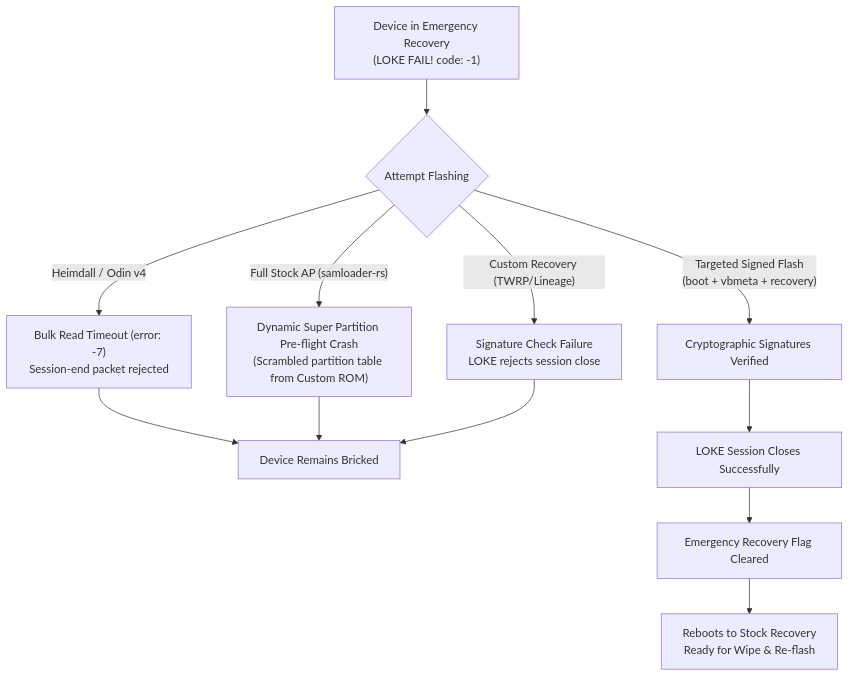
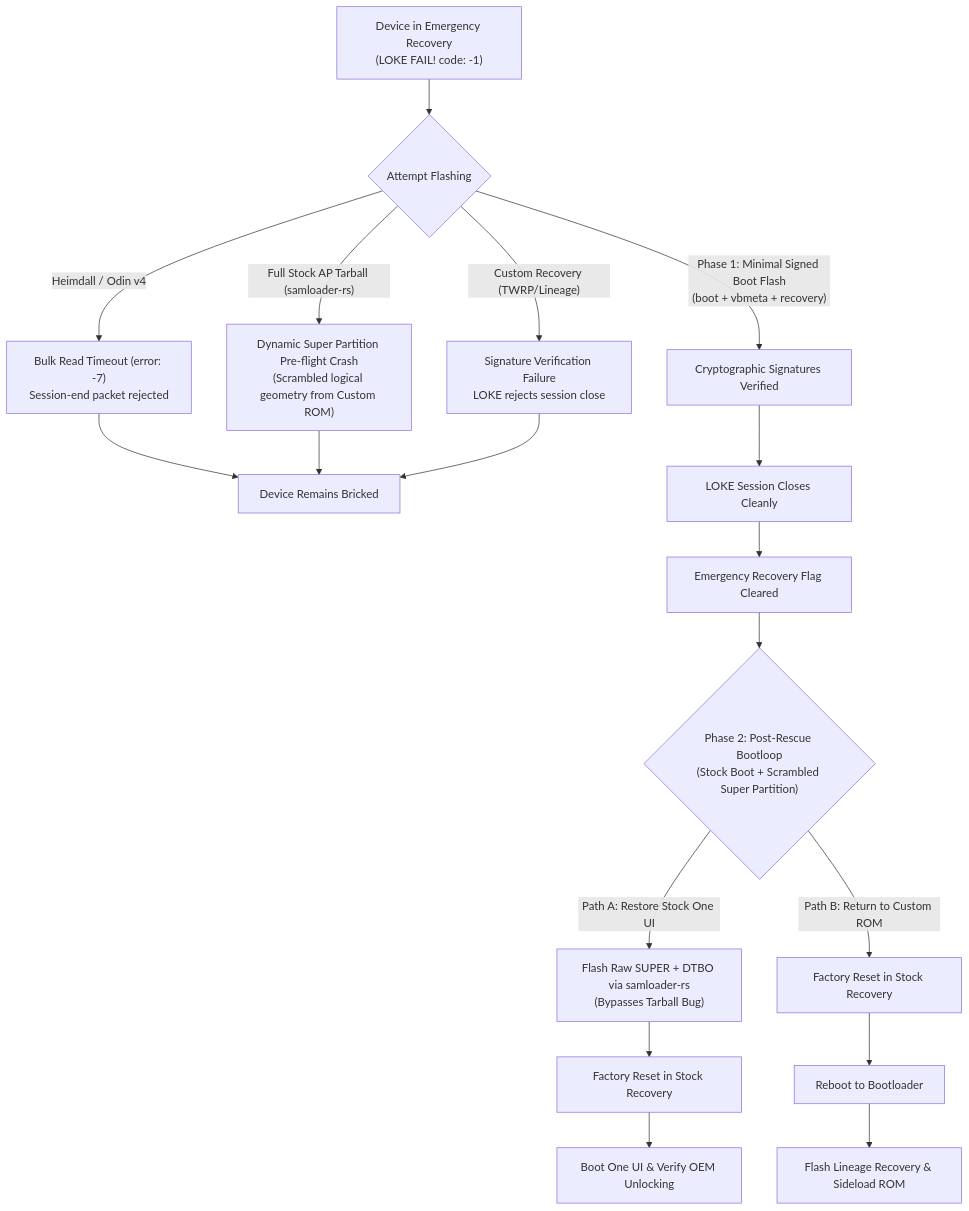
The diagram in README.md (rebeeh/exynos-loke-rescue), drawn with Mermaid before and after one commit. The commit also changed other lines of this file and 3 other files, not shown here.

Commit message:
Document post-recovery bootloop fix, One UI restoration and community alternatives

````diff
--- a/README.md
+++ b/README.md
@@ -30,17 +32,26 @@
 ```mermaid
 flowchart TD
     A["Device in Emergency Recovery\n(LOKE FAIL! code: -1)"] --> B{"Attempt Flashing"}
     
     B -->|"Heimdall / Odin v4"| C["Bulk Read Timeout (error: -7)\nSession-end packet rejected"]
-    B -->|"Full Stock AP (samloader-rs)"| D["Dynamic Super Partition Pre-flight Crash\n(Scrambled partition table from Custom ROM)"]
-    B -->|"Custom Recovery (TWRP/Lineage)"| E["Signature Check Failure\nLOKE rejects session close"]
+    B -->|"Full Stock AP Tarball (samloader-rs)"| D["Dynamic Super Partition Pre-flight Crash\n(Scrambled logical geometry from Custom ROM)"]
+    B -->|"Custom Recovery (TWRP/Lineage)"| E["Signature Verification Failure\nLOKE rejects session close"]
     
     C --> F["Device Remains Bricked"]
     D --> F
     E --> F
     
-    B -->|"Targeted Signed Flash\n(boot + vbmeta + recovery)"| G["Cryptographic Signatures Verified"]
-    G --> H["LOKE Session Closes Successfully"]
+    B -->|"Phase 1: Minimal Signed Boot Flash\n(boot + vbmeta + recovery)"| G["Cryptographic Signatures Verified"]
+    G --> H["LOKE Session Closes Cleanly"]
     H --> I["Emergency Recovery Flag Cleared"]
-    I --> J["Reboots to Stock Recovery\nReady for Wipe & Re-flash"]
+    
+    I --> J{"Phase 2: Post-Rescue Bootloop\n(Stock Boot + Scrambled Super Partition)"}
+    
+    J -->|"Path A: Restore Stock One UI"| K["Flash Raw SUPER + DTBO via samloader-rs\n(Bypasses Tarball Bug)"]
+    K --> L["Factory Reset in Stock Recovery"]
+    L --> M["Boot One UI & Verify OEM Unlocking"]
+    
+    J -->|"Path B: Return to Custom ROM"| N["Factory Reset in Stock Recovery"]
+    N --> O["Reboot to Bootloader"]
+    O --> P["Flash Lineage Recovery & Sideload ROM"]
 ```
````
